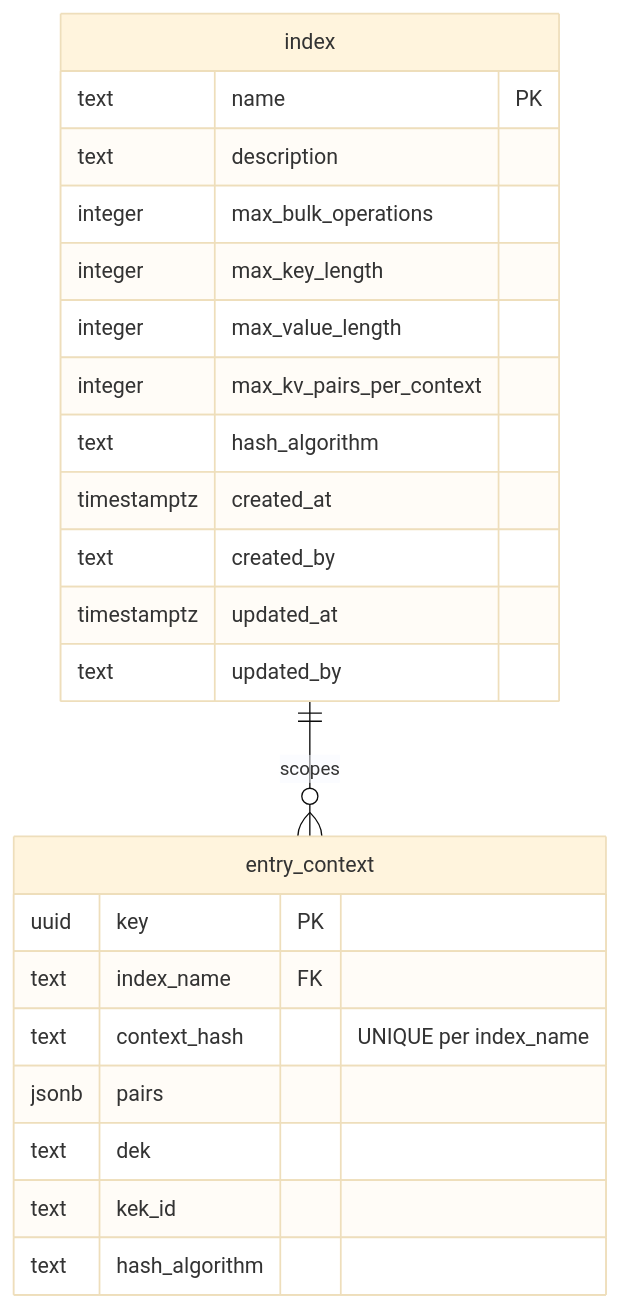
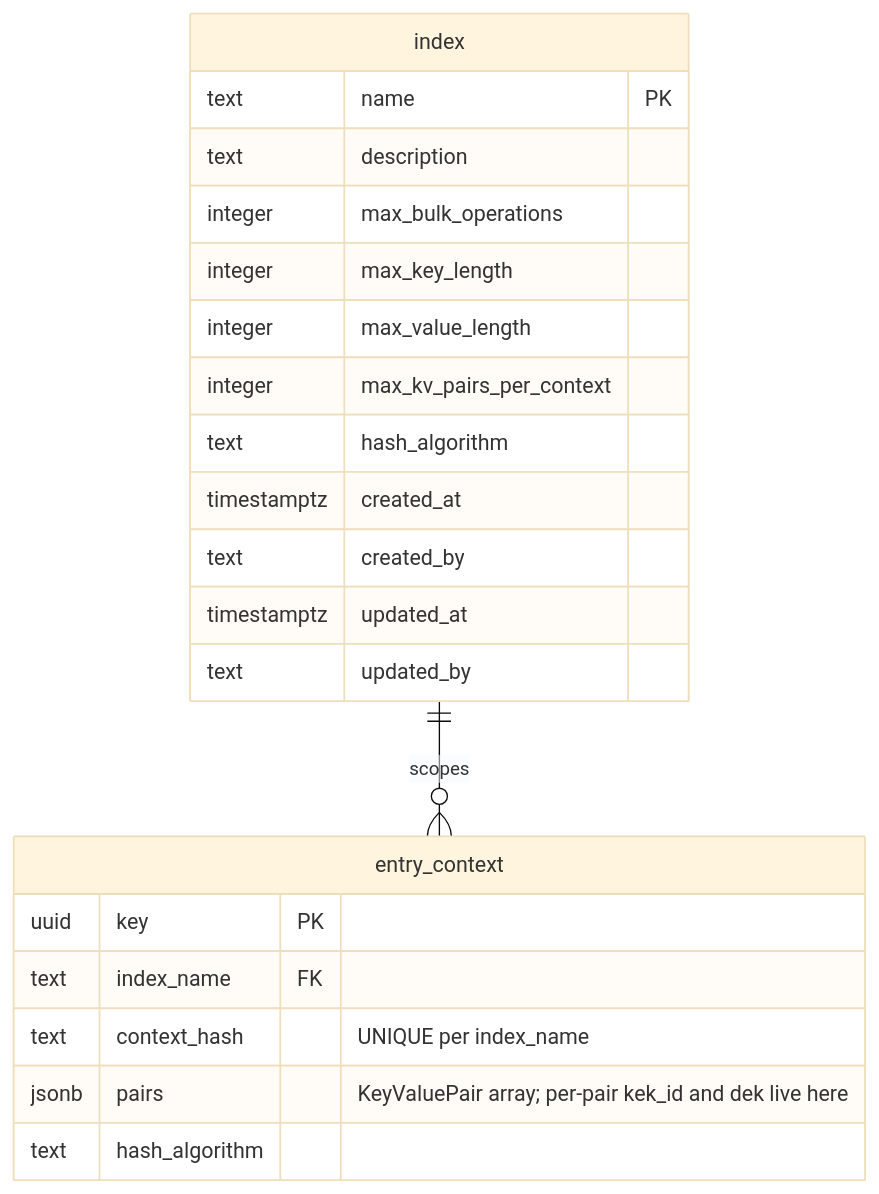
The diagram in projects/rust/datastore/README.md (cperfect/udex), drawn with Mermaid (base theme) before and after one commit. The commit also changed other lines of this file and 19 other files, not shown here.

````diff
--- a/projects/rust/datastore/README.md
+++ b/projects/rust/datastore/README.md
@@ -72,28 +70,26 @@
 ```mermaid
 erDiagram
     index {
         text name PK
         text description
         integer max_bulk_operations
         integer max_key_length
         integer max_value_length
         integer max_kv_pairs_per_context
         text hash_algorithm
         timestamptz created_at
         text created_by
         timestamptz updated_at
         text updated_by
     }
 
     entry_context {
         uuid key PK
         text index_name FK
         text context_hash "UNIQUE per index_name"
-        jsonb pairs
-        text dek
-        text kek_id
+        jsonb pairs "KeyValuePair array; per-pair kek_id and dek live here"
         text hash_algorithm
     }
 
     index ||--o{ entry_context : "scopes"
 ```
````
